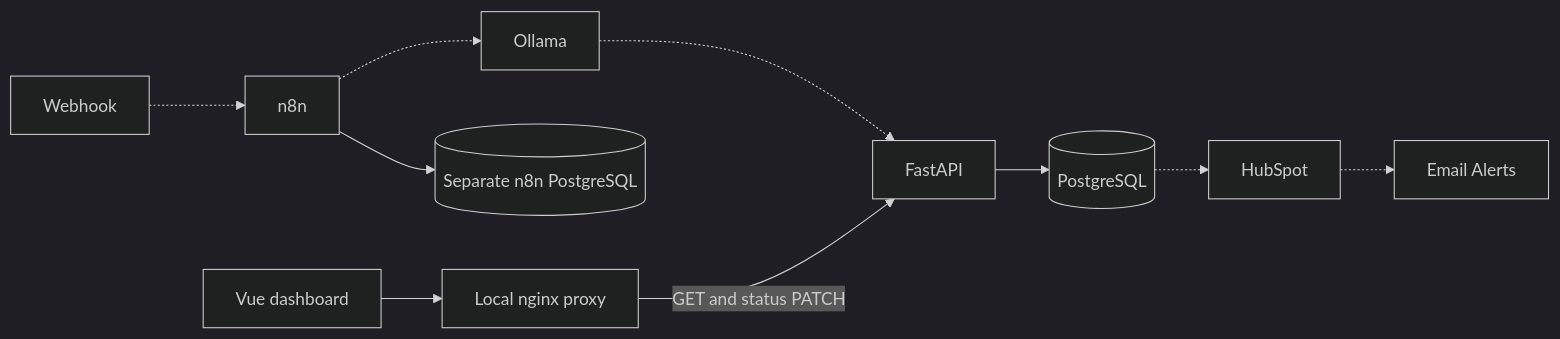
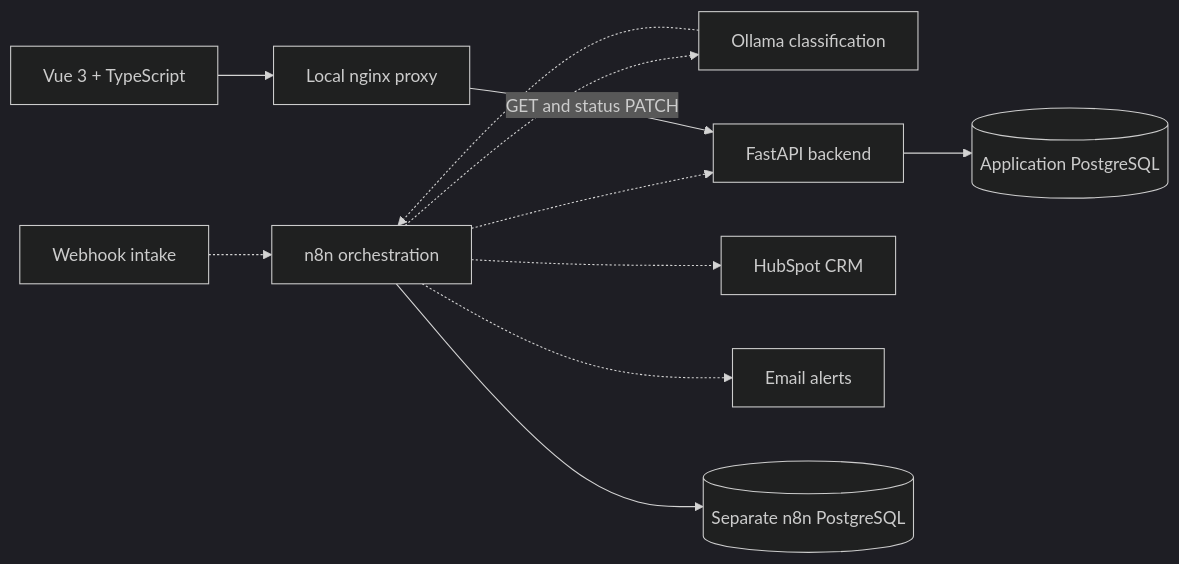
The diagram in README.md (donzlprofessor/ai-business-automation-hub), drawn with Mermaid (dark theme) before and after one commit. The commit also changed other lines of this file and 2 other files, not shown here.

````diff
--- a/README.md
+++ b/README.md
@@ -11,12 +70,13 @@
 ```mermaid
 flowchart LR
-    Webhook[Webhook] -.-> n8n[n8n]
-    n8n -.-> Ollama[Ollama]
-    Ollama -.-> FastAPI[FastAPI]
-    FastAPI --> PostgreSQL[(PostgreSQL)]
-    PostgreSQL -.-> HubSpot[HubSpot]
-    HubSpot -.-> Email[Email Alerts]
-    Vue[Vue dashboard] --> Proxy[Local nginx proxy]
+    Webhook[Webhook intake] -.-> n8n[n8n orchestration]
+    n8n -.-> Ollama[Ollama classification]
+    Ollama -.-> n8n
+    n8n -.-> FastAPI[FastAPI backend]
+    n8n -.-> HubSpot[HubSpot CRM]
+    n8n -.-> Email[Email alerts]
+    FastAPI --> PostgreSQL[(Application PostgreSQL)]
+    Vue[Vue 3 + TypeScript] --> Proxy[Local nginx proxy]
     Proxy -->|GET and status PATCH| FastAPI
     n8n --> NDB[(Separate n8n PostgreSQL)]
 ```
````
